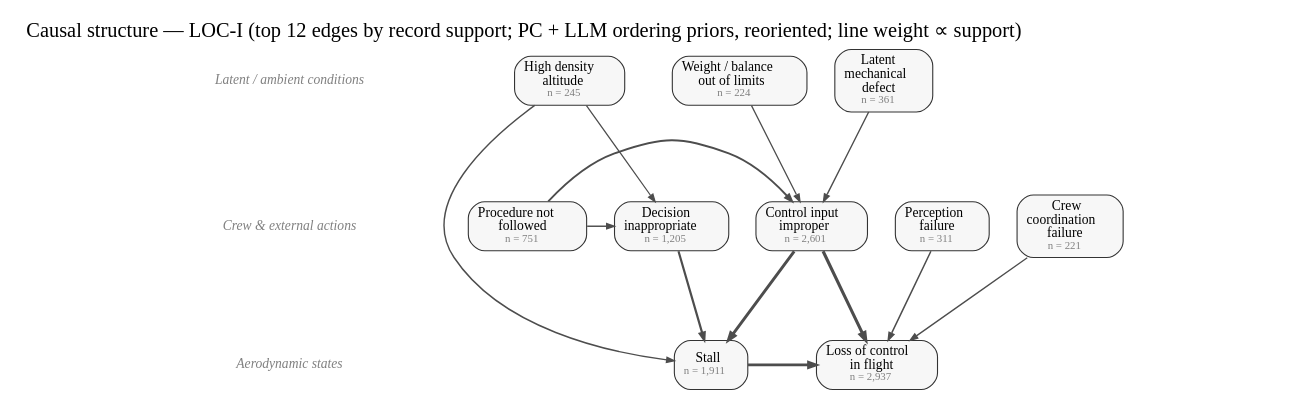
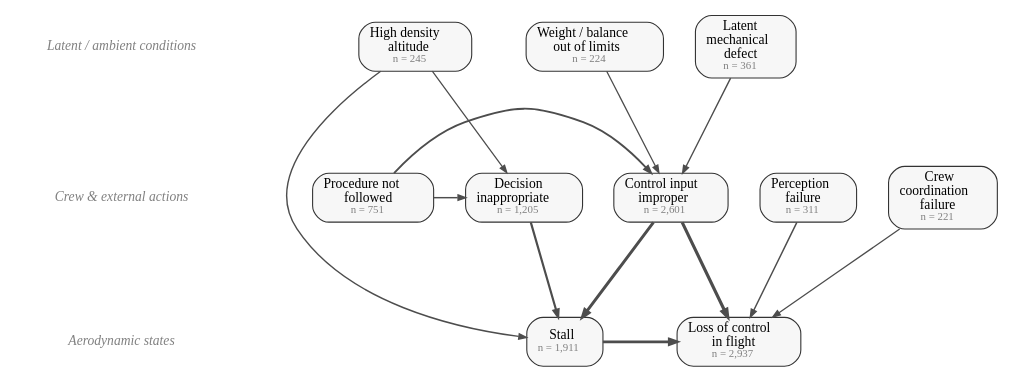
Before and after one commit to YutianPangASU/AviationSafetyReportKnowledgeGraph: the diagram in event_extraction/out/causation_kg/figures/dag_LOC-I_top.gv, drawn with Graphviz. The commit also changed 10 other files, not shown here.

First line of the commit message:
Professional redraw of the KG relation diagrams and learned-network figures

```diff
--- a/event_extraction/out/causation_kg/figures/dag_LOC-I_top.gv
+++ b/event_extraction/out/causation_kg/figures/dag_LOC-I_top.gv
@@ -1,37 +1,36 @@
 digraph G {
-  rankdir=TB; splines=spline; nodesep=0.28; ranksep=0.85;
+  rankdir=TB; splines=spline; nodesep=0.32; ranksep=0.9;
   bgcolor="white";
-  labelloc="t"; label=<<font face="Times-Roman" point-size="15">Causal structure &#8212; LOC-I (top 12 edges by record support; PC + LLM ordering priors, reoriented; line weight &#8733; support)</font>>;
-  node [shape=box, style="rounded,filled", fillcolor="#f7f7f7", color="#333333", penwidth=0.8, fontname="Times-Roman", fontsize=10, margin="0.10,0.05"];
+  node [shape=box, style="rounded,filled", fillcolor="#f7f7f7", color="#333333", penwidth=0.8, fontname="Times-Roman", fontsize=10, margin="0.11,0.06"];
   edge [color="#4d4d4d", arrowsize=0.55, fontname="Times-Roman", fontsize=8, fontcolor="#4d4d4d"];
   tier1 [shape=plaintext, style="", fillcolor=none, fontname="Times-Italic", fontsize=10, fontcolor="#808080", label="Latent / ambient conditions"];
   { rank=same; tier1; "LATENT_MECHANICAL_DEFECT" "AIRCRAFT_WEIGHT_OR_BALANCE_OUT_OF_LIMITS" "HIGH_DENSITY_ALTITUDE" }
   tier3 [shape=plaintext, style="", fillcolor=none, fontname="Times-Italic", fontsize=10, fontcolor="#808080", label="Crew & external actions"];
   { rank=same; tier3; "DECISION_INAPPROPRIATE" "CONTROL_INPUT_IMPROPER" "PROCEDURE_NOT_FOLLOWED" "PERCEPTION_FAILURE" "CREW_COORDINATION_FAILURE" }
   tier1 -> tier3 [style=invis];
   tier5 [shape=plaintext, style="", fillcolor=none, fontname="Times-Italic", fontsize=10, fontcolor="#808080", label="Aerodynamic states"];
   { rank=same; tier5; "STALL" "LOSS_OF_CONTROL_INFLIGHT" }
   tier3 -> tier5 [style=invis];
   "AIRCRAFT_WEIGHT_OR_BALANCE_OUT_OF_LIMITS" [label=<Weight / balance<br/>out of limits<br/><font point-size="8" color="#808080">n = 224</font>>];
   "CONTROL_INPUT_IMPROPER" [label=<Control input<br/>improper<br/><font point-size="8" color="#808080">n = 2,601</font>>];
   "CREW_COORDINATION_FAILURE" [label=<Crew<br/>coordination<br/>failure<br/><font point-size="8" color="#808080">n = 221</font>>];
   "DECISION_INAPPROPRIATE" [label=<Decision<br/>inappropriate<br/><font point-size="8" color="#808080">n = 1,205</font>>];
   "HIGH_DENSITY_ALTITUDE" [label=<High density<br/>altitude<br/><font point-size="8" color="#808080">n = 245</font>>];
   "LATENT_MECHANICAL_DEFECT" [label=<Latent<br/>mechanical<br/>defect<br/><font point-size="8" color="#808080">n = 361</font>>];
   "LOSS_OF_CONTROL_INFLIGHT" [label=<Loss of control<br/>in flight<br/><font point-size="8" color="#808080">n = 2,937</font>>];
   "PERCEPTION_FAILURE" [label=<Perception<br/>failure<br/><font point-size="8" color="#808080">n = 311</font>>];
   "PROCEDURE_NOT_FOLLOWED" [label=<Procedure not<br/>followed<br/><font point-size="8" color="#808080">n = 751</font>>];
   "STALL" [label=<Stall<br/><font point-size="8" color="#808080">n = 1,911</font>>];
   "CONTROL_INPUT_IMPROPER" -> "LOSS_OF_CONTROL_INFLIGHT" [penwidth=2.30, style=solid, tooltip="CONTROL_INPUT_IMPROPER -> LOSS_OF_CONTROL_INFLIGHT: support 1,830, stability 0.00"];
   "CONTROL_INPUT_IMPROPER" -> "STALL" [penwidth=2.16, style=solid, tooltip="CONTROL_INPUT_IMPROPER -> STALL: support 1,560, stability 0.00"];
   "STALL" -> "LOSS_OF_CONTROL_INFLIGHT" [penwidth=2.08, style=solid, tooltip="STALL -> LOSS_OF_CONTROL_INFLIGHT: support 1,407, stability 0.00"];
   "DECISION_INAPPROPRIATE" -> "STALL" [penwidth=1.61, style=solid, tooltip="DECISION_INAPPROPRIATE -> STALL: support 697, stability 0.00"];
   "PROCEDURE_NOT_FOLLOWED" -> "CONTROL_INPUT_IMPROPER" [penwidth=1.38, style=solid, tooltip="PROCEDURE_NOT_FOLLOWED -> CONTROL_INPUT_IMPROPER: support 434, stability 0.90"];
   "PERCEPTION_FAILURE" -> "LOSS_OF_CONTROL_INFLIGHT" [penwidth=1.10, style=solid, tooltip="PERCEPTION_FAILURE -> LOSS_OF_CONTROL_INFLIGHT: support 201, stability 0.00"];
   "PROCEDURE_NOT_FOLLOWED" -> "DECISION_INAPPROPRIATE" [penwidth=1.07, style=solid, tooltip="PROCEDURE_NOT_FOLLOWED -> DECISION_INAPPROPRIATE: support 185, stability 0.47"];
   "HIGH_DENSITY_ALTITUDE" -> "STALL" [penwidth=1.04, style=solid, tooltip="HIGH_DENSITY_ALTITUDE -> STALL: support 165, stability 0.73"];
   "LATENT_MECHANICAL_DEFECT" -> "CONTROL_INPUT_IMPROPER" [penwidth=1.03, style=solid, tooltip="LATENT_MECHANICAL_DEFECT -> CONTROL_INPUT_IMPROPER: support 156, stability 0.90"];
   "CREW_COORDINATION_FAILURE" -> "LOSS_OF_CONTROL_INFLIGHT" [penwidth=0.97, style=solid, tooltip="CREW_COORDINATION_FAILURE -> LOSS_OF_CONTROL_INFLIGHT: support 126, stability 0.33"];
   "AIRCRAFT_WEIGHT_OR_BALANCE_OUT_OF_LIMITS" -> "CONTROL_INPUT_IMPROPER" [penwidth=0.96, style=solid, tooltip="AIRCRAFT_WEIGHT_OR_BALANCE_OUT_OF_LIMITS -> CONTROL_INPUT_IMPROPER: support 121, stability 0.50"];
   "HIGH_DENSITY_ALTITUDE" -> "DECISION_INAPPROPRIATE" [penwidth=0.93, style=solid, tooltip="HIGH_DENSITY_ALTITUDE -> DECISION_INAPPROPRIATE: support 106, stability 0.40"];
 }
```
